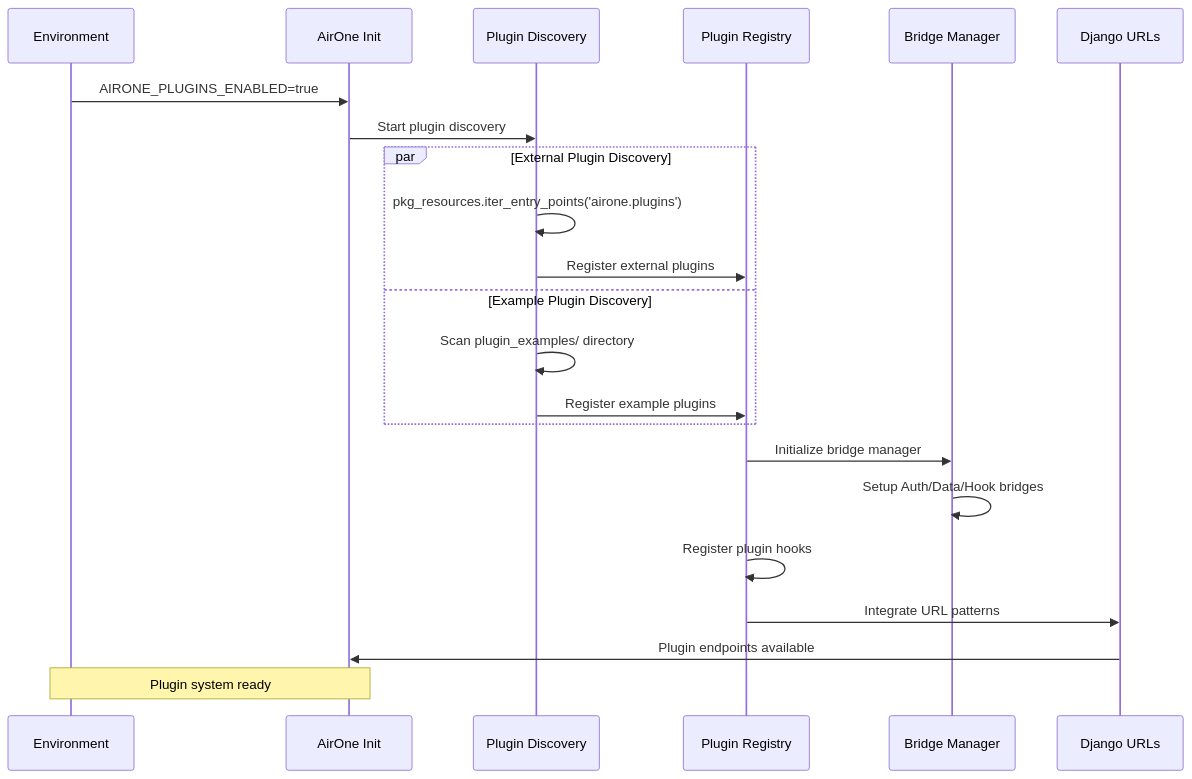
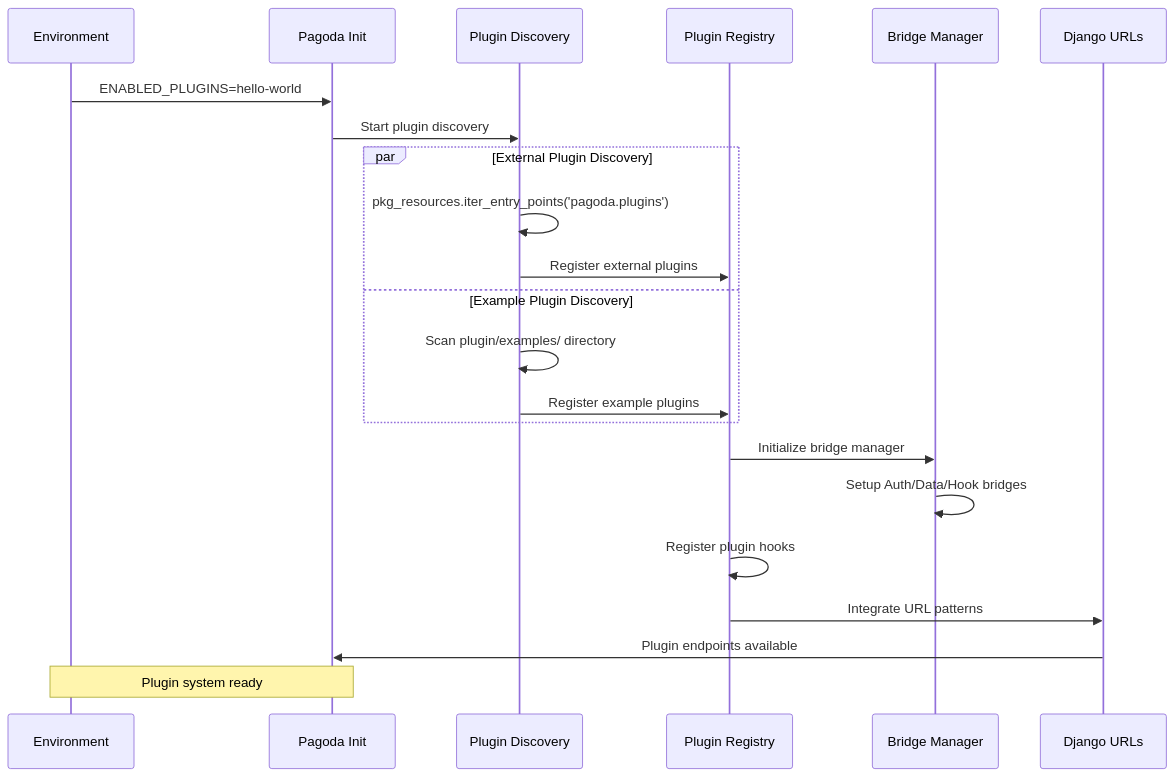
Before and after one commit to dmm-com/pagoda: the second of 11 diagrams in docs/content/advanced/plugin_architecture_diagrams.md, drawn with Mermaid. The commit also changed other lines of this file and 5 other files, not shown here.

First line of the commit message:
Refactor plugin system documentation and examples to align with Pagoda branding

````diff
--- a/docs/content/advanced/plugin_architecture_diagrams.md
+++ b/docs/content/advanced/plugin_architecture_diagrams.md
@@ -57,28 +57,28 @@
 ```mermaid
 sequenceDiagram
     participant ENV as Environment
-    participant AI as AirOne Init
+    participant AI as Pagoda Init
     participant PD as Plugin Discovery
     participant PR as Plugin Registry
     participant BM as Bridge Manager
     participant DU as Django URLs
 
-    ENV->>AI: AIRONE_PLUGINS_ENABLED=true
+    ENV->>AI: ENABLED_PLUGINS=hello-world
     AI->>PD: Start plugin discovery
 
     par External Plugin Discovery
-        PD->>PD: pkg_resources.iter_entry_points('airone.plugins')
+        PD->>PD: pkg_resources.iter_entry_points('pagoda.plugins')
         PD->>PR: Register external plugins
     and Example Plugin Discovery
-        PD->>PD: Scan plugin_examples/ directory
+        PD->>PD: Scan plugin/examples/ directory
         PD->>PR: Register example plugins
     end
 
     PR->>BM: Initialize bridge manager
     BM->>BM: Setup Auth/Data/Hook bridges
     PR->>PR: Register plugin hooks
     PR->>DU: Integrate URL patterns
     DU->>AI: Plugin endpoints available
 
     Note over ENV,AI: Plugin system ready
 ```
````
